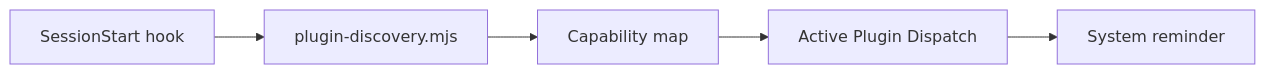
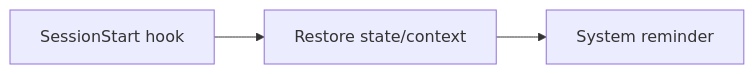
One commit to unclejobs-ai/second-claude-code changed the second of 2 diagrams in docs/orchestrator-architecture.md. Above: the diagram before and after it, drawn with Mermaid. The commit also changed other lines of this file and 147 other files, not shown here.

````diff
--- a/docs/orchestrator-architecture.md
+++ b/docs/orchestrator-architecture.md
@@ -57,7 +63,5 @@
 ```mermaid
 flowchart LR
-    SS[SessionStart hook] --> PD[plugin-discovery.mjs]
-    PD --> MAP[Capability map]
-    MAP --> GUIDE[Active Plugin Dispatch]
-    GUIDE --> CTX[System reminder]
+    SS[SessionStart hook] --> STATE[Restore state/context]
+    STATE --> CTX[System reminder]
 ```
````
